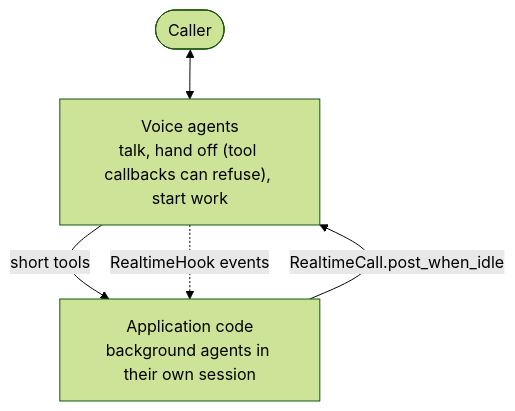
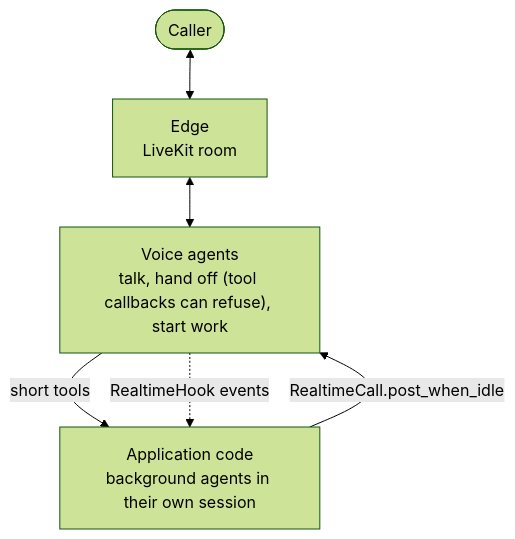
One commit to pulindu-yl/agent-kernel changed the diagram in docs/specs/810-realtime-multi-agent-collaboration/design.md. Above: the diagram before and after it, drawn with Mermaid (forest theme). The commit also changed other lines of this file and 24 other files, not shown here.

Commit message:
fix: remove the browser voice edge and harden Gemini recovery

````diff
--- a/docs/specs/810-realtime-multi-agent-collaboration/design.md
+++ b/docs/specs/810-realtime-multi-agent-collaboration/design.md
@@ -32,7 +40,8 @@
 ```mermaid
 flowchart TB
-    C(["Caller"]) <--> V["Voice agents<br/>talk, hand off (tool callbacks can refuse), start work"]
+    C(["Caller"]) <--> E["Edge<br/>LiveKit room"]
+    E <--> V["Voice agents<br/>talk, hand off (tool callbacks can refuse), start work"]
     V -- "short tools" --> APP["Application code<br/>background agents in their own session"]
     APP -- "RealtimeCall.post_when_idle" --> V
     V -. "RealtimeHook events" .-> APP
 ```
````
